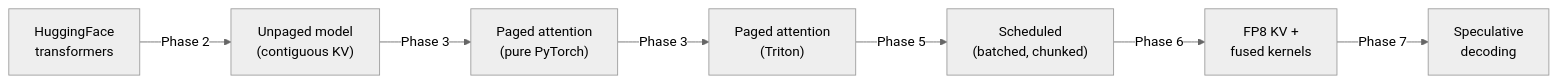
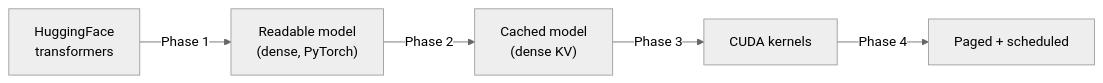
One commit to RichardHuang2006/Mini-vLLM changed the first of 2 diagrams in PLAN.md. Above: the diagram before and after it, drawn with Mermaid (neutral theme). The commit also changed other lines of this file and 14 other files, not shown here.

````diff
--- a/PLAN.md
+++ b/PLAN.md
@@ -67,9 +68,7 @@
 ```mermaid
 flowchart LR
-    HF["HuggingFace<br/>transformers"] -->|"Phase 2"| REF["Unpaged model<br/>(contiguous KV)"]
-    REF -->|"Phase 3"| PT["Paged attention<br/>(pure PyTorch)"]
-    PT -->|"Phase 3"| TR["Paged attention<br/>(Triton)"]
-    TR -->|"Phase 5"| SCH["Scheduled<br/>(batched, chunked)"]
-    SCH -->|"Phase 6"| FP8["FP8 KV +<br/>fused kernels"]
-    FP8 -->|"Phase 7"| SD["Speculative<br/>decoding"]
+    HF["HuggingFace<br/>transformers"] -->|"Phase 1"| REF["Readable model<br/>(dense, PyTorch)"]
+    REF -->|"Phase 2"| CACHE["Cached model<br/>(dense KV)"]
+    CACHE -->|"Phase 3"| CUDA["CUDA kernels"]
+    CUDA -->|"Phase 4"| PAGED["Paged + scheduled"]
 ```
````
